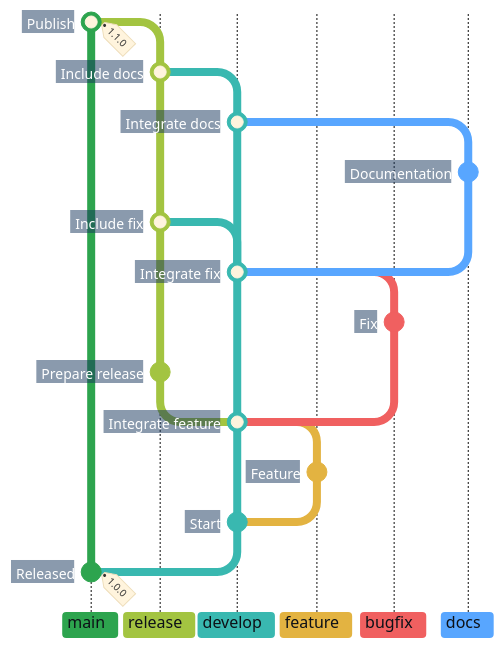
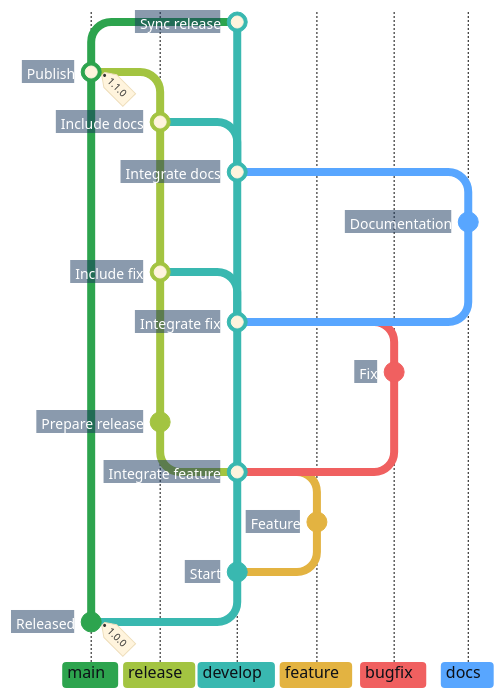
Before and after one commit to superhero/operations.superduper.solutions: the first of 3 diagrams in docs/adr/cicd.md, drawn with Mermaid. The commit also changed other lines of this file, not shown here.

Commit message:
docs: complete the release graph with main synchronization

````diff
--- a/docs/adr/cicd.md
+++ b/docs/adr/cicd.md
@@ -50,37 +51,39 @@
 ```mermaid
 %%{init: {"theme": "base", "themeCSS": ".commit-label { font-weight: 700; transform: translateX(-8px); } .commit-label-bkg { opacity: 1; stroke: #17365D; stroke-width: 20px; transform: translateX(-5px); clip-path: polygon(-4px -4px, calc(100% + 4px) -4px, calc(100% + 10px) 50%, calc(100% + 4px) calc(100% + 4px), -4px calc(100% + 4px)) fill-box; }", "gitGraph": {"showCommitLabel": true, "rotateCommitLabel": false}, "themeVariables": {
     "commitLabelFontSize": "14px", "commitLabelColor": "#FFFFFF", "commitLabelBackground": "#17365D",
     "git0": "#2DA44E", "gitBranchLabel0": "#0D1117",
     "git1": "#A3C441", "gitBranchLabel1": "#0D1117",
     "git2": "#39B8B0", "gitBranchLabel2": "#0D1117",
     "git3": "#E3B341", "gitBranchLabel3": "#0D1117",
     "git4": "#F06060", "gitBranchLabel4": "#0D1117",
     "git5": "#58A6FF", "gitBranchLabel5": "#0D1117"
 }}}%%
 gitGraph BT:
     commit id: "Released" tag: "1.0.0"
     branch develop order: 2
     commit id: "Start"
     branch "feature" order: 3
     commit id: "Feature"
     checkout develop
     merge "feature" id: "Integrate feature"
     branch "release" order: 1
     commit id: "Prepare release"
     checkout develop
     branch "bugfix" order: 4
     commit id: "Fix"
     checkout develop
     merge "bugfix" id: "Integrate fix"
     checkout "release"
     merge develop id: "Include fix"
     checkout develop
     branch "docs" order: 5
     commit id: "Documentation"
     checkout develop
     merge "docs" id: "Integrate docs"
     checkout "release"
     merge develop id: "Include docs"
     checkout main
     merge "release" id: "Publish" tag: "1.1.0"
+    checkout develop
+    merge main id: "Sync release"
 ```
````
